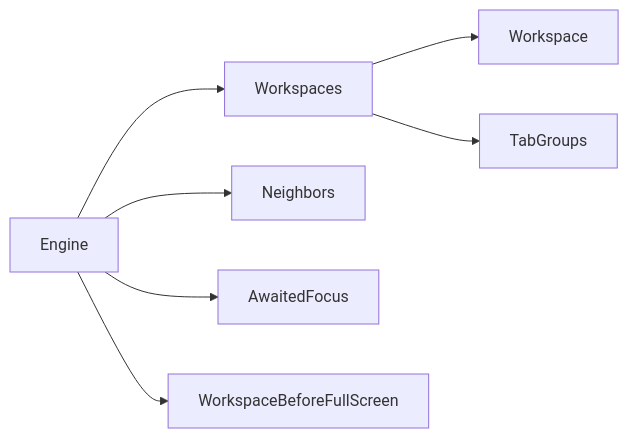
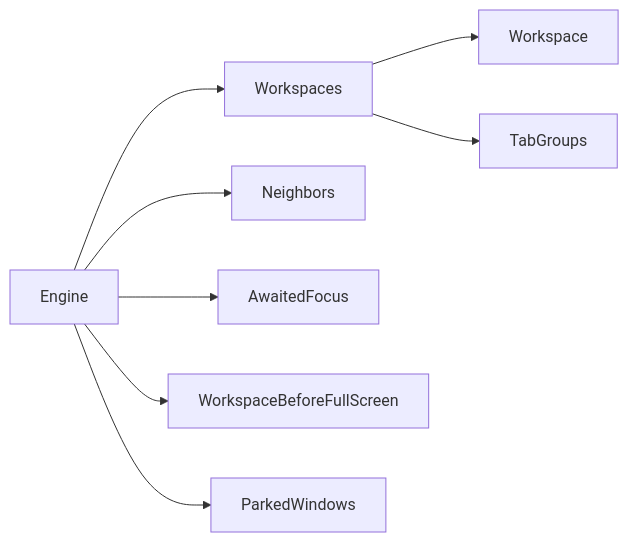
Before and after one commit to brennovich/ottowm: the fourth of 17 diagrams in ARCHITECTURE.md, drawn with Mermaid. The commit also changed other lines of this file and 23 other files, not shown here.

````diff
--- a/ARCHITECTURE.md
+++ b/ARCHITECTURE.md
@@ -106,9 +108,10 @@
 ```mermaid
 flowchart LR
     Engine --> Workspaces
     Engine --> Neighbors
     Engine --> AwaitedFocus
     Engine --> WorkspaceBeforeFullScreen
+    Engine --> ParkedWindows
     Workspaces --> Workspace
     Workspaces --> TabGroups
 ```
````
